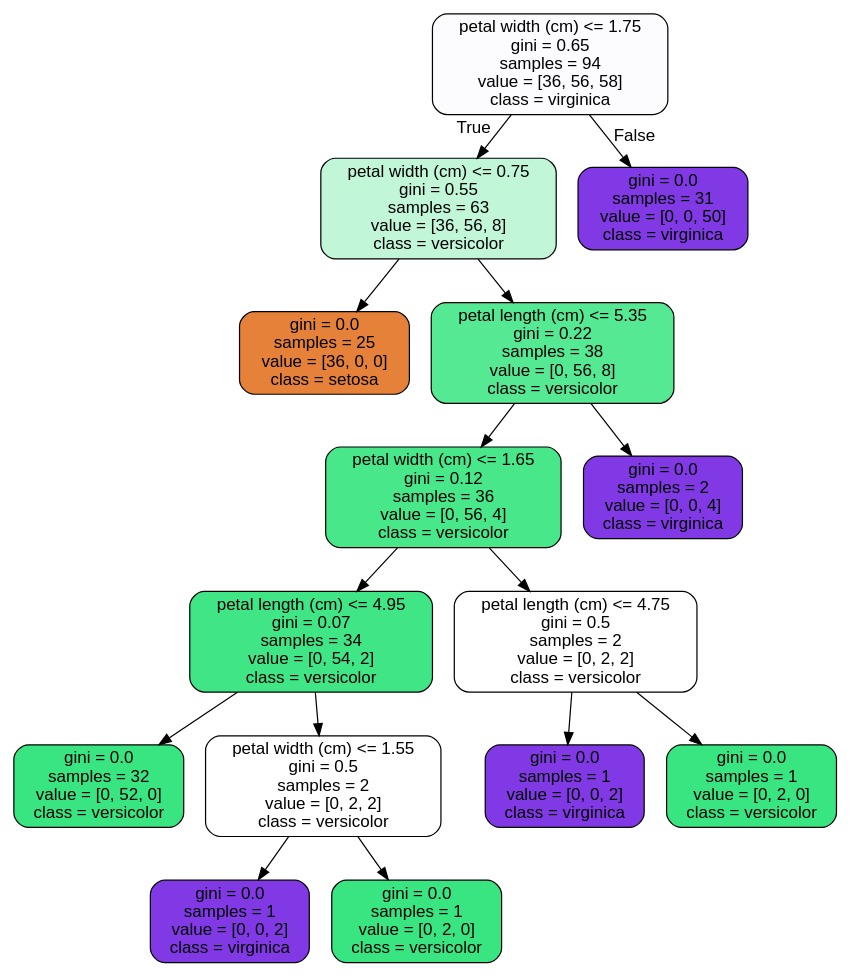
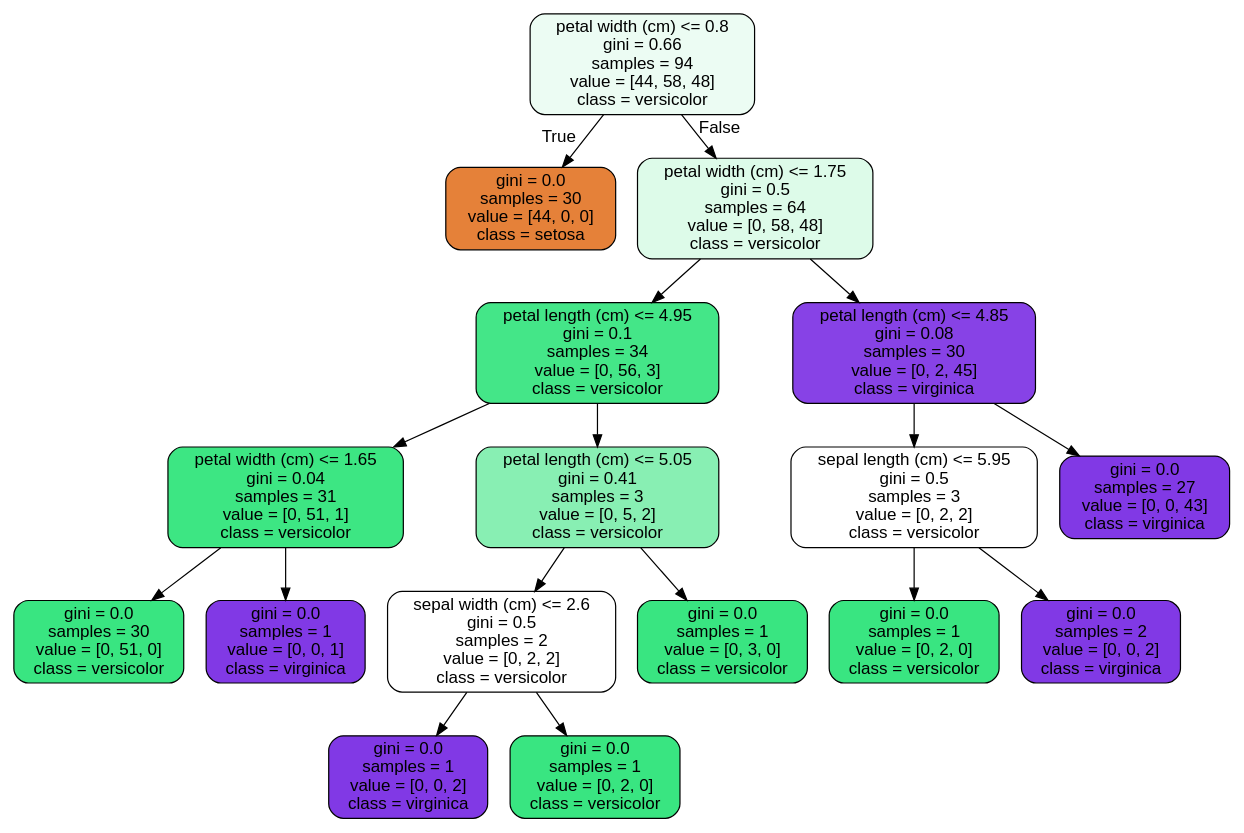
The diagram in RandomForest/tree.dot (mengyanl/springboard), drawn with Graphviz before and after one commit. The commit also changed 3 other files, not shown here.

Commit message:
added visualized tree fig

```diff
--- a/RandomForest/tree.dot
+++ b/RandomForest/tree.dot
@@ -1,33 +1,37 @@
 digraph Tree {
 node [shape=box, style="filled, rounded", color="black", fontname=helvetica] ;
 edge [fontname=helvetica] ;
-0 [label="petal width (cm) <= 1.75\ngini = 0.65\nsamples = 94\nvalue = [36, 56, 58]\nclass = virginica", fillcolor="#fcfbfe"] ;
-1 [label="petal width (cm) <= 0.75\ngini = 0.55\nsamples = 63\nvalue = [36, 56, 8]\nclass = versicolor", fillcolor="#c1f7d8"] ;
+0 [label="petal width (cm) <= 0.8\ngini = 0.66\nsamples = 94\nvalue = [44, 58, 48]\nclass = versicolor", fillcolor="#ecfcf3"] ;
+1 [label="gini = 0.0\nsamples = 30\nvalue = [44, 0, 0]\nclass = setosa", fillcolor="#e58139"] ;
 0 -> 1 [labeldistance=2.5, labelangle=45, headlabel="True"] ;
-2 [label="gini = 0.0\nsamples = 25\nvalue = [36, 0, 0]\nclass = setosa", fillcolor="#e58139"] ;
-1 -> 2 ;
-3 [label="petal length (cm) <= 5.35\ngini = 0.22\nsamples = 38\nvalue = [0, 56, 8]\nclass = versicolor", fillcolor="#55e993"] ;
-1 -> 3 ;
-4 [label="petal width (cm) <= 1.65\ngini = 0.12\nsamples = 36\nvalue = [0, 56, 4]\nclass = versicolor", fillcolor="#47e78a"] ;
+2 [label="petal width (cm) <= 1.75\ngini = 0.5\nsamples = 64\nvalue = [0, 58, 48]\nclass = versicolor", fillcolor="#ddfbe9"] ;
+0 -> 2 [labeldistance=2.5, labelangle=-45, headlabel="False"] ;
+3 [label="petal length (cm) <= 4.95\ngini = 0.1\nsamples = 34\nvalue = [0, 56, 3]\nclass = versicolor", fillcolor="#44e688"] ;
+2 -> 3 ;
+4 [label="petal width (cm) <= 1.65\ngini = 0.04\nsamples = 31\nvalue = [0, 51, 1]\nclass = versicolor", fillcolor="#3de683"] ;
 3 -> 4 ;
-5 [label="petal length (cm) <= 4.95\ngini = 0.07\nsamples = 34\nvalue = [0, 54, 2]\nclass = versicolor", fillcolor="#40e686"] ;
+5 [label="gini = 0.0\nsamples = 30\nvalue = [0, 51, 0]\nclass = versicolor", fillcolor="#39e581"] ;
 4 -> 5 ;
-6 [label="gini = 0.0\nsamples = 32\nvalue = [0, 52, 0]\nclass = versicolor", fillcolor="#39e581"] ;
-5 -> 6 ;
-7 [label="petal width (cm) <= 1.55\ngini = 0.5\nsamples = 2\nvalue = [0, 2, 2]\nclass = versicolor", fillcolor="#ffffff"] ;
-5 -> 7 ;
-8 [label="gini = 0.0\nsamples = 1\nvalue = [0, 0, 2]\nclass = virginica", fillcolor="#8139e5"] ;
+6 [label="gini = 0.0\nsamples = 1\nvalue = [0, 0, 1]\nclass = virginica", fillcolor="#8139e5"] ;
+4 -> 6 ;
+7 [label="petal length (cm) <= 5.05\ngini = 0.41\nsamples = 3\nvalue = [0, 5, 2]\nclass = versicolor", fillcolor="#88efb3"] ;
+3 -> 7 ;
+8 [label="sepal width (cm) <= 2.6\ngini = 0.5\nsamples = 2\nvalue = [0, 2, 2]\nclass = versicolor", fillcolor="#ffffff"] ;
 7 -> 8 ;
-9 [label="gini = 0.0\nsamples = 1\nvalue = [0, 2, 0]\nclass = versicolor", fillcolor="#39e581"] ;
-7 -> 9 ;
-10 [label="petal length (cm) <= 4.75\ngini = 0.5\nsamples = 2\nvalue = [0, 2, 2]\nclass = versicolor", fillcolor="#ffffff"] ;
-4 -> 10 ;
-11 [label="gini = 0.0\nsamples = 1\nvalue = [0, 0, 2]\nclass = virginica", fillcolor="#8139e5"] ;
-10 -> 11 ;
-12 [label="gini = 0.0\nsamples = 1\nvalue = [0, 2, 0]\nclass = versicolor", fillcolor="#39e581"] ;
-10 -> 12 ;
-13 [label="gini = 0.0\nsamples = 2\nvalue = [0, 0, 4]\nclass = virginica", fillcolor="#8139e5"] ;
-3 -> 13 ;
-14 [label="gini = 0.0\nsamples = 31\nvalue = [0, 0, 50]\nclass = virginica", fillcolor="#8139e5"] ;
-0 -> 14 [labeldistance=2.5, labelangle=-45, headlabel="False"] ;
+9 [label="gini = 0.0\nsamples = 1\nvalue = [0, 0, 2]\nclass = virginica", fillcolor="#8139e5"] ;
+8 -> 9 ;
+10 [label="gini = 0.0\nsamples = 1\nvalue = [0, 2, 0]\nclass = versicolor", fillcolor="#39e581"] ;
+8 -> 10 ;
+11 [label="gini = 0.0\nsamples = 1\nvalue = [0, 3, 0]\nclass = versicolor", fillcolor="#39e581"] ;
+7 -> 11 ;
+12 [label="petal length (cm) <= 4.85\ngini = 0.08\nsamples = 30\nvalue = [0, 2, 45]\nclass = virginica", fillcolor="#8742e6"] ;
+2 -> 12 ;
+13 [label="sepal length (cm) <= 5.95\ngini = 0.5\nsamples = 3\nvalue = [0, 2, 2]\nclass = versicolor", fillcolor="#ffffff"] ;
+12 -> 13 ;
+14 [label="gini = 0.0\nsamples = 1\nvalue = [0, 2, 0]\nclass = versicolor", fillcolor="#39e581"] ;
+13 -> 14 ;
+15 [label="gini = 0.0\nsamples = 2\nvalue = [0, 0, 2]\nclass = virginica", fillcolor="#8139e5"] ;
+13 -> 15 ;
+16 [label="gini = 0.0\nsamples = 27\nvalue = [0, 0, 43]\nclass = virginica", fillcolor="#8139e5"] ;
+12 -> 16 ;
 }
```
